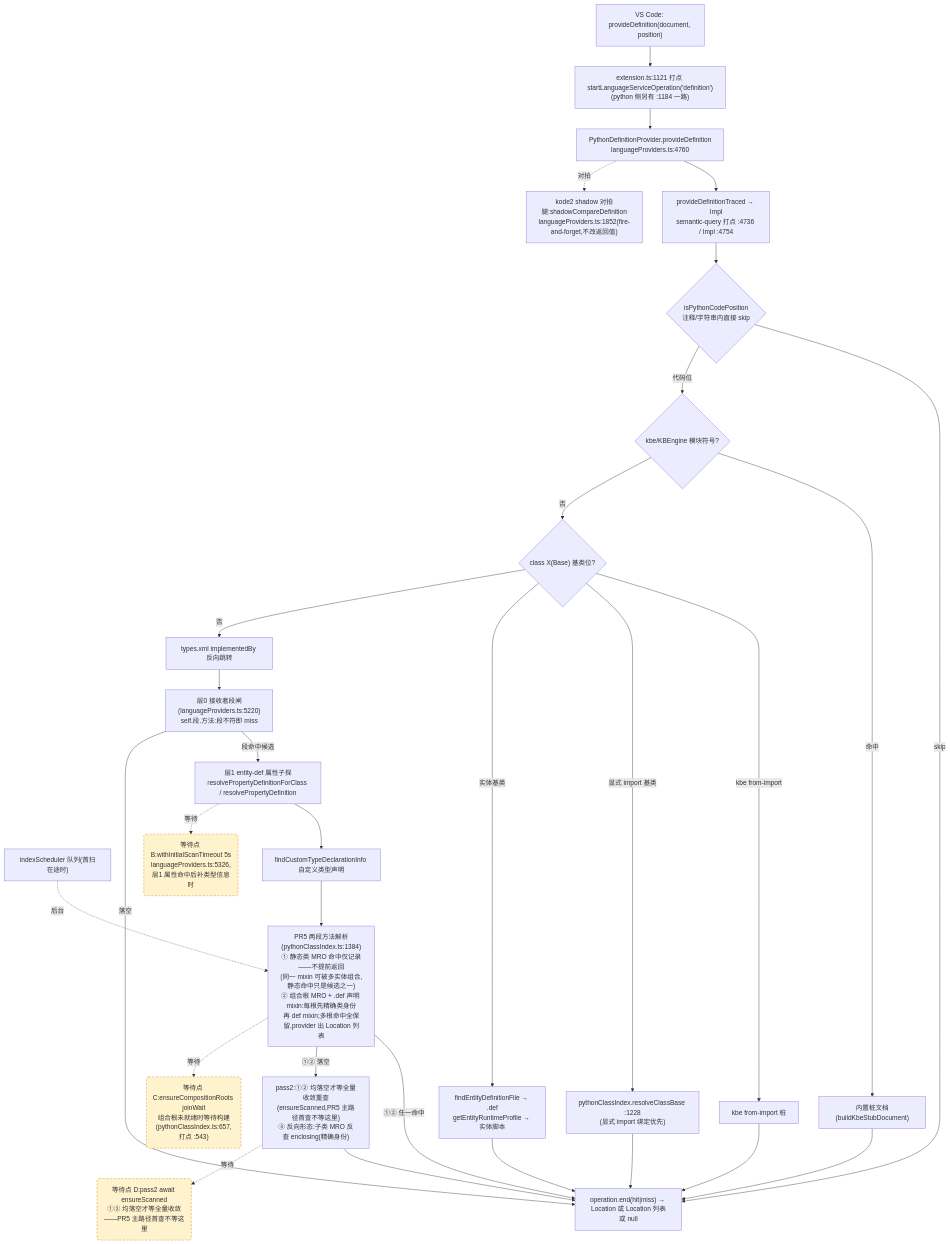
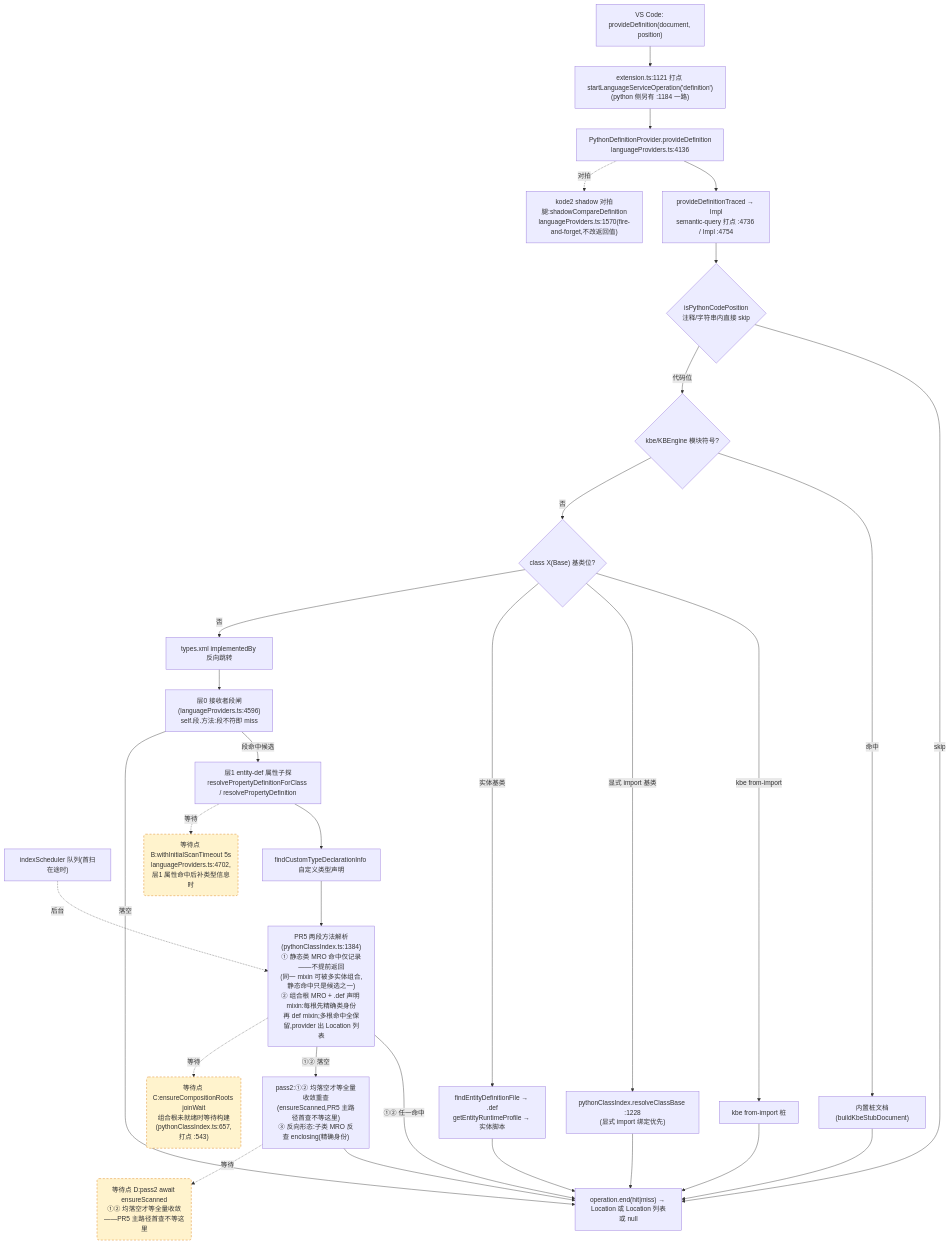
The second of 4 diagrams in docs/perf/2026-baseline.md (cuihairu/kode), drawn with Mermaid before and after one commit. The commit also changed other lines of this file and 4 other files, not shown here.

First line of the commit message:
refactor(arch): KODE-ARCH-001 step 1 — extract languageProviders/reveal + shared (pure move, zero behavior change)

````diff
--- a/docs/perf/2026-baseline.md
+++ b/docs/perf/2026-baseline.md
@@ -130,51 +130,51 @@
 ```mermaid
 flowchart TD
   VC2["VS Code: provideDefinition(document, position)"]
   M2["extension.ts:1121 打点 startLanguageServiceOperation('definition')<br/>(python 侧另有 :1184 一路)"]
-  AD2["PythonDefinitionProvider.provideDefinition<br/>languageProviders.ts:4760"]
+  AD2["PythonDefinitionProvider.provideDefinition<br/>languageProviders.ts:4136"]
   TR["provideDefinitionTraced → Impl<br/>semantic-query 打点 :4736 / Impl :4754"]
   CTX{"isPythonCodePosition<br/>注释/字符串内直接 skip"}
   KBE{"kbe/KBEngine 模块符号?"}
   STUB["内置桩文档(buildKbeStubDocument)"]
   CB{"class X(Base) 基类位?"}
   CB1["kbe from-import 桩"]
   CB2["pythonClassIndex.resolveClassBase :1228<br/>(显式 import 绑定优先)"]
   CB3["findEntityDefinitionFile → .def<br/>getEntityRuntimeProfile → 实体脚本"]
   REV["types.xml implementedBy 反向跳转"]
-  L0["层0 接收者段闸(languageProviders.ts:5220)<br/>self.段.方法:段不符即 miss"]
+  L0["层0 接收者段闸(languageProviders.ts:4596)<br/>self.段.方法:段不符即 miss"]
   L1["层1 entity-def 属性子探<br/>resolvePropertyDefinitionForClass / resolvePropertyDefinition"]
   SCAN["indexScheduler 队列(首扫在途时)"]
   TY["findCustomTypeDeclarationInfo 自定义类型声明"]
   MRO["PR5 两段方法解析(pythonClassIndex.ts:1384)<br/>① 静态类 MRO 命中仅记录——不提前返回<br/>(同一 mixin 可被多实体组合,静态命中只是候选之一)<br/>② 组合根 MRO + .def 声明 mixin:每根先精确类身份<br/>再 def mixin;多根命中全保留,provider 出 Location 列表"]
   PASS2["pass2:①② 均落空才等全量收敛重查<br/>(ensureScanned,PR5 主路径首查不等这里)<br/>③ 反向形态:子类 MRO 反查 enclosing(精确身份)"]
-  SHD["kode2 shadow 对拍腿:shadowCompareDefinition<br/>languageProviders.ts:1852(fire-and-forget,不改返回值)"]
+  SHD["kode2 shadow 对拍腿:shadowCompareDefinition<br/>languageProviders.ts:1570(fire-and-forget,不改返回值)"]
   END2["operation.end(hit|miss) → Location 或 Location 列表或 null"]
 
   VC2 --> M2 --> AD2 --> TR --> CTX
   CTX -- "skip" --> END2
   CTX -- "代码位" --> KBE
   KBE -- "命中" --> STUB --> END2
   KBE -- "否" --> CB
   CB -- "kbe from-import" --> CB1 --> END2
   CB -- "显式 import 基类" --> CB2 --> END2
   CB -- "实体基类" --> CB3 --> END2
   CB -- "否" --> REV --> L0
   L0 -- "段命中候选" --> L1
   L0 -- "落空" --> END2
   L1 --> TY
   TY --> MRO
   MRO -- "①② 任一命中" --> END2
   MRO -- "①② 落空" --> PASS2 --> END2
   AD2 -.->|对拍| SHD
 
-  WAITB("等待点 B:withInitialScanTimeout 5s<br/>languageProviders.ts:5326,层1 属性命中后补类型信息时")
+  WAITB("等待点 B:withInitialScanTimeout 5s<br/>languageProviders.ts:4702,层1 属性命中后补类型信息时")
   WAITC("等待点 C:ensureCompositionRoots joinWait<br/>组合根未就绪时等待构建(pythonClassIndex.ts:657,打点 :543)")
   WAITD("等待点 D:pass2 await ensureScanned<br/>①② 均落空才等全量收敛——PR5 主路径首查不等这里")
   L1 -.->|等待| WAITB
   MRO -.->|等待| WAITC
   PASS2 -.->|等待| WAITD
   SCAN -.->|后台| MRO
 
   classDef waitPoint fill:#fff3cd,stroke:#d97706,stroke-dasharray:5 4;
   class WAITB,WAITC,WAITD waitPoint;
 ```
````
